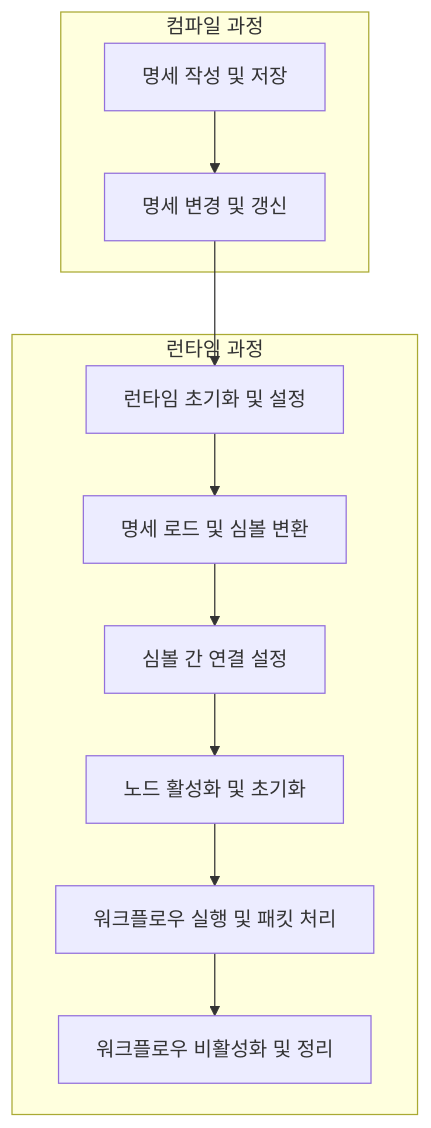
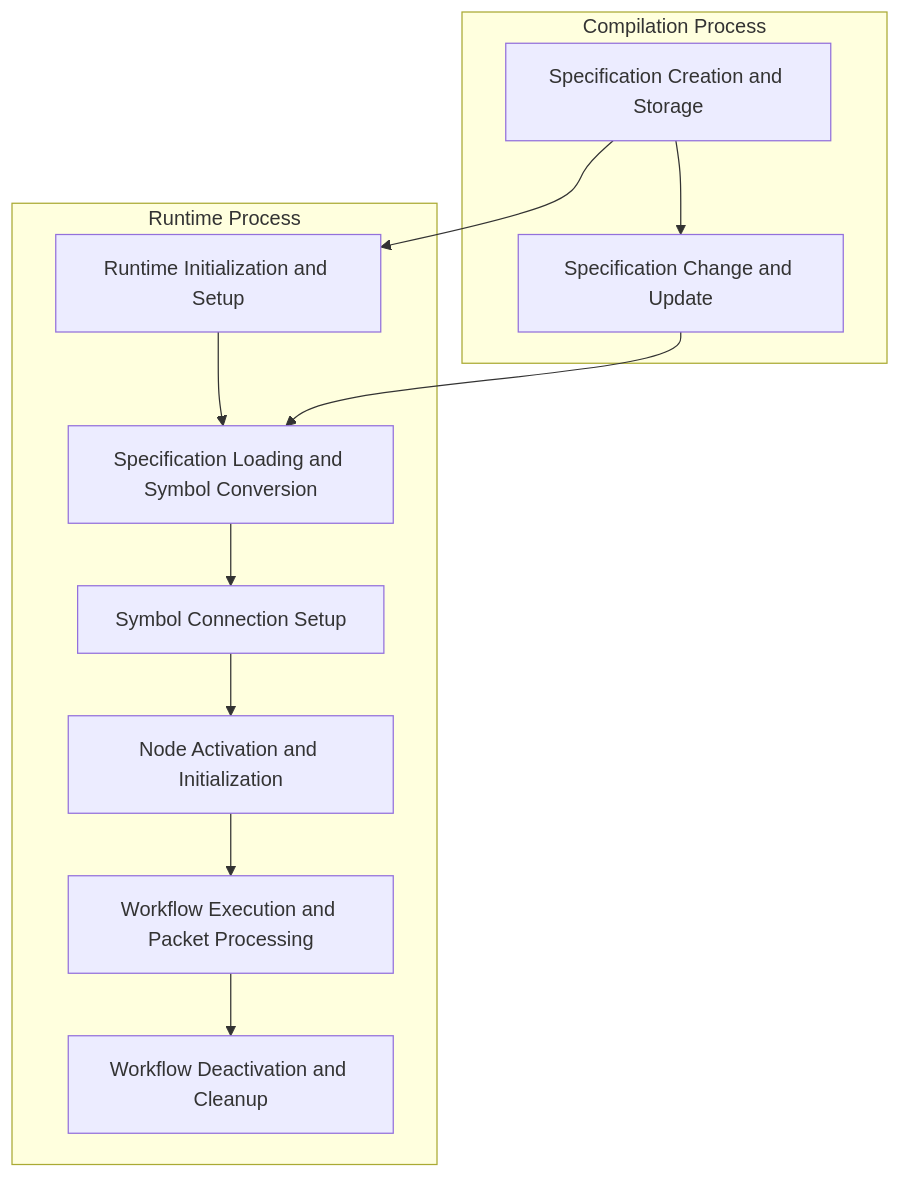
The first of 9 diagrams in docs/flowchart.md (siyul-park/uniflow), drawn with Mermaid before and after one commit. The commit also changed other lines of this file and 3 other files, not shown here.

````diff
--- a/docs/flowchart.md
+++ b/docs/flowchart.md
@@ -13,16 +13,17 @@
 ```mermaid
 flowchart TD
-    subgraph 컴파일과정["컴파일 과정"]
-        A["명세 작성 및 저장"] --> B["명세 변경 및 갱신"]
+    subgraph CompilationProcess["Compilation Process"]
+        A["Specification Creation and Storage"] --> B["Specification Change and Update"]
     end
     
-    subgraph 런타임과정["런타임 과정"]
-        C["런타임 초기화 및 설정"] --> D["명세 로드 및 심볼 변환"]
-        D --> E["심볼 간 연결 설정"]
-        E --> F["노드 활성화 및 초기화"]
-        F --> G["워크플로우 실행 및 패킷 처리"]
-        G --> H["워크플로우 비활성화 및 정리"]
+    subgraph RuntimeProcess["Runtime Process"]
+        C["Runtime Initialization and Setup"] --> D["Specification Loading and Symbol Conversion"]
+        D --> E["Symbol Connection Setup"]
+        E --> F["Node Activation and Initialization"]
+        F --> G["Workflow Execution and Packet Processing"]
+        G --> H["Workflow Deactivation and Cleanup"]
     end
     
-    B --> C
+    A --> C
+    B --> D
 ```
````
